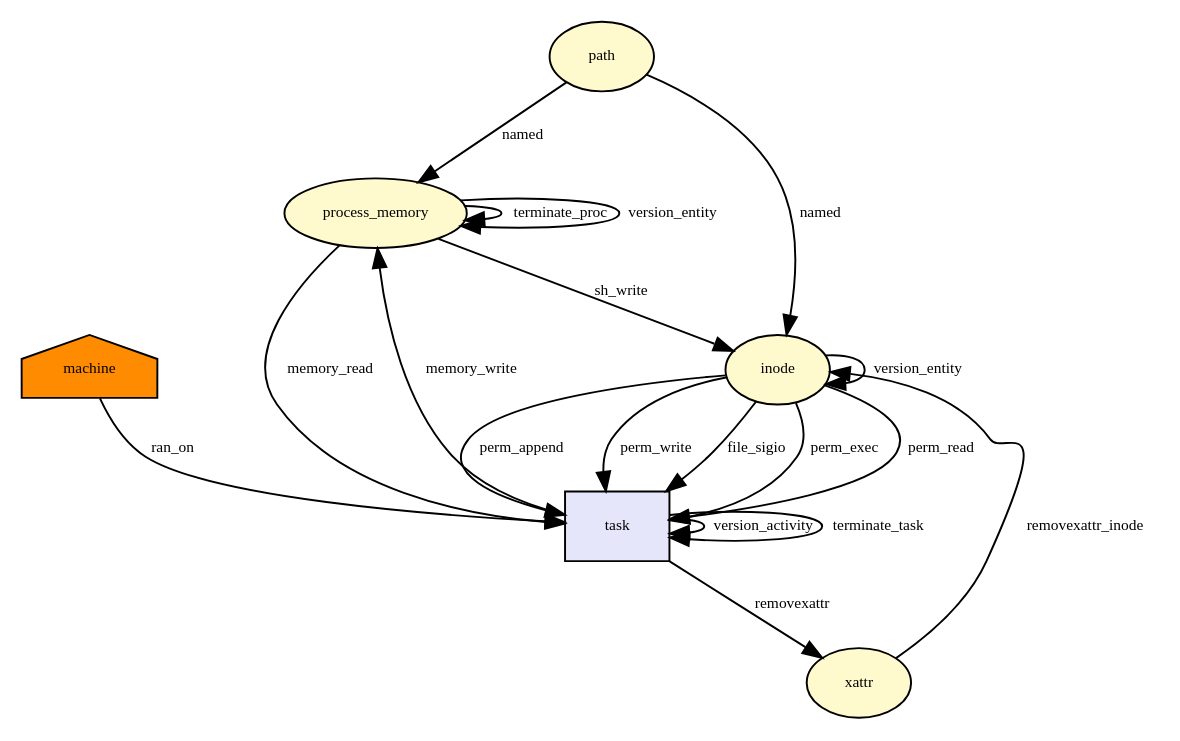
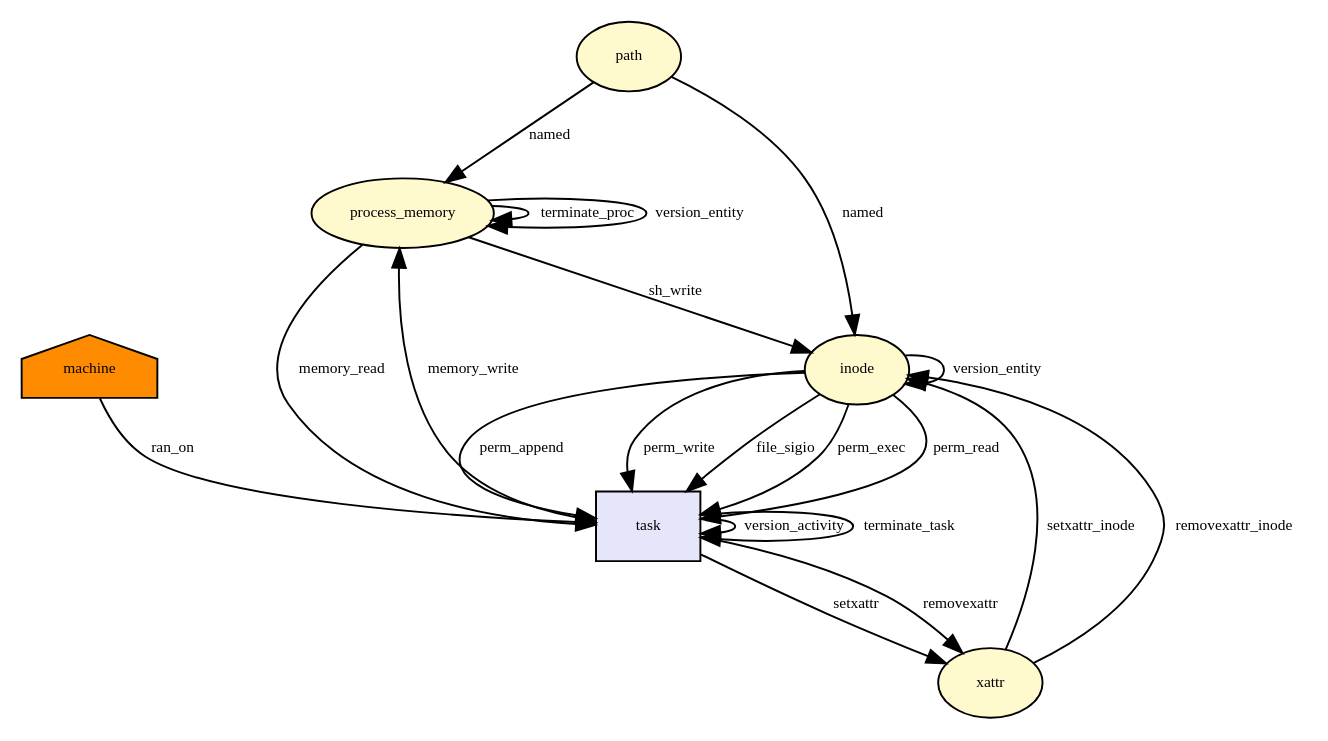
One commit to CamFlow/camflow-dev changed the diagram in docs/dot/__x64_sys_lremovexattr.dot. Above: the diagram before and after it, drawn with Graphviz. The commit also changed 24 other files, not shown here.

```diff
--- a/docs/dot/__x64_sys_lremovexattr.dot
+++ b/docs/dot/__x64_sys_lremovexattr.dot
@@ -1,49 +1,53 @@
 digraph RGL__DirectedAdjacencyGraph {process_memory[fontsize = 8,label = process_memory,shape = ellipse, fillcolor="#fffacd", style = filled]
 
 process_memory -> process_memory[fontsize = 8,label = terminate_proc]
 
 inode[fontsize = 8,label = inode,shape = ellipse, fillcolor="#fffacd", style = filled]
 
 task[fontsize = 8,label = task,shape = rectangle, fillcolor="#e6e6fa", style = filled]
 
 inode -> task[fontsize = 8,label = file_sigio]
 
 task -> process_memory[fontsize = 8,label = memory_write]
 
 task -> task[fontsize = 8,label = version_activity]
 
 process_memory -> process_memory[fontsize = 8,label = version_entity]
 
 process_memory -> inode[fontsize = 8,label = sh_write]
 
 inode -> inode[fontsize = 8,label = version_entity]
 
 path[fontsize = 8,label = path,shape = ellipse, fillcolor="#fffacd", style = filled]
 
 path -> process_memory[fontsize = 8,label = named]
 
 machine[fontsize = 8,label = machine,shape = house, fillcolor="#ff8c00", style = filled]
 
 machine -> task[fontsize = 8,label = ran_on]
 
 inode -> task[fontsize = 8,label = perm_exec]
 
 inode -> task[fontsize = 8,label = perm_read]
 
 inode -> task[fontsize = 8,label = perm_append]
 
 inode -> task[fontsize = 8,label = perm_write]
 
 path -> inode[fontsize = 8,label = named]
 
 process_memory -> task[fontsize = 8,label = memory_read]
 
 xattr[fontsize = 8,label = xattr,shape = ellipse, fillcolor="#fffacd", style = filled]
 
+task -> xattr[fontsize = 8,label = setxattr]
+
+xattr -> inode[fontsize = 8,label = setxattr_inode]
+
 task -> xattr[fontsize = 8,label = removexattr]
 
 xattr -> inode[fontsize = 8,label = removexattr_inode]
 
 task -> task[fontsize = 8,label = terminate_task]
 
 }
```
